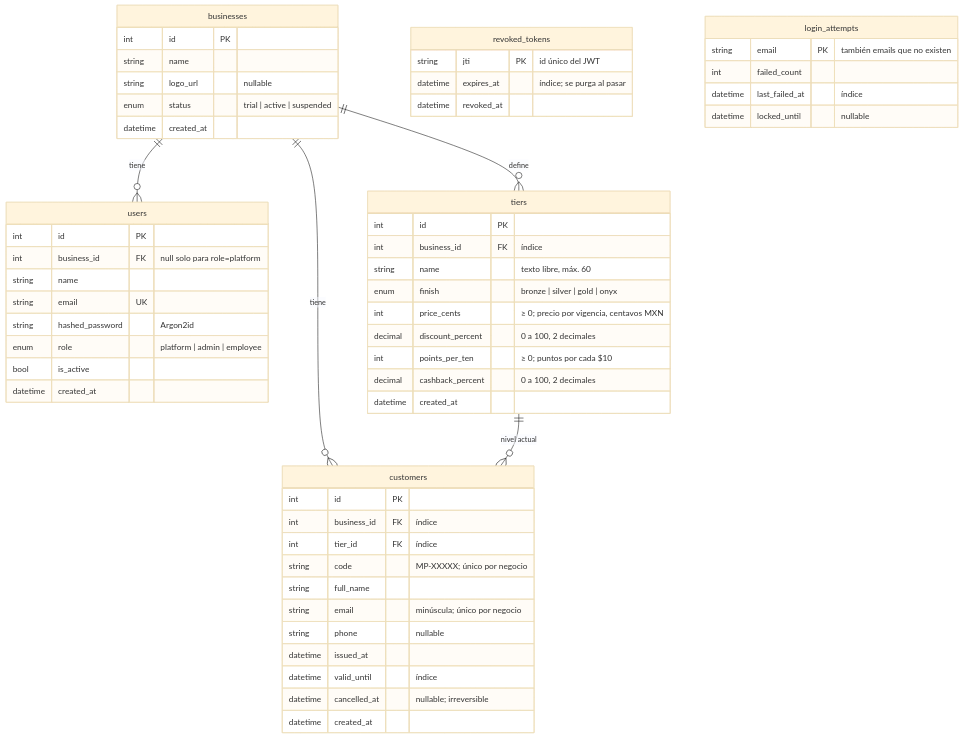
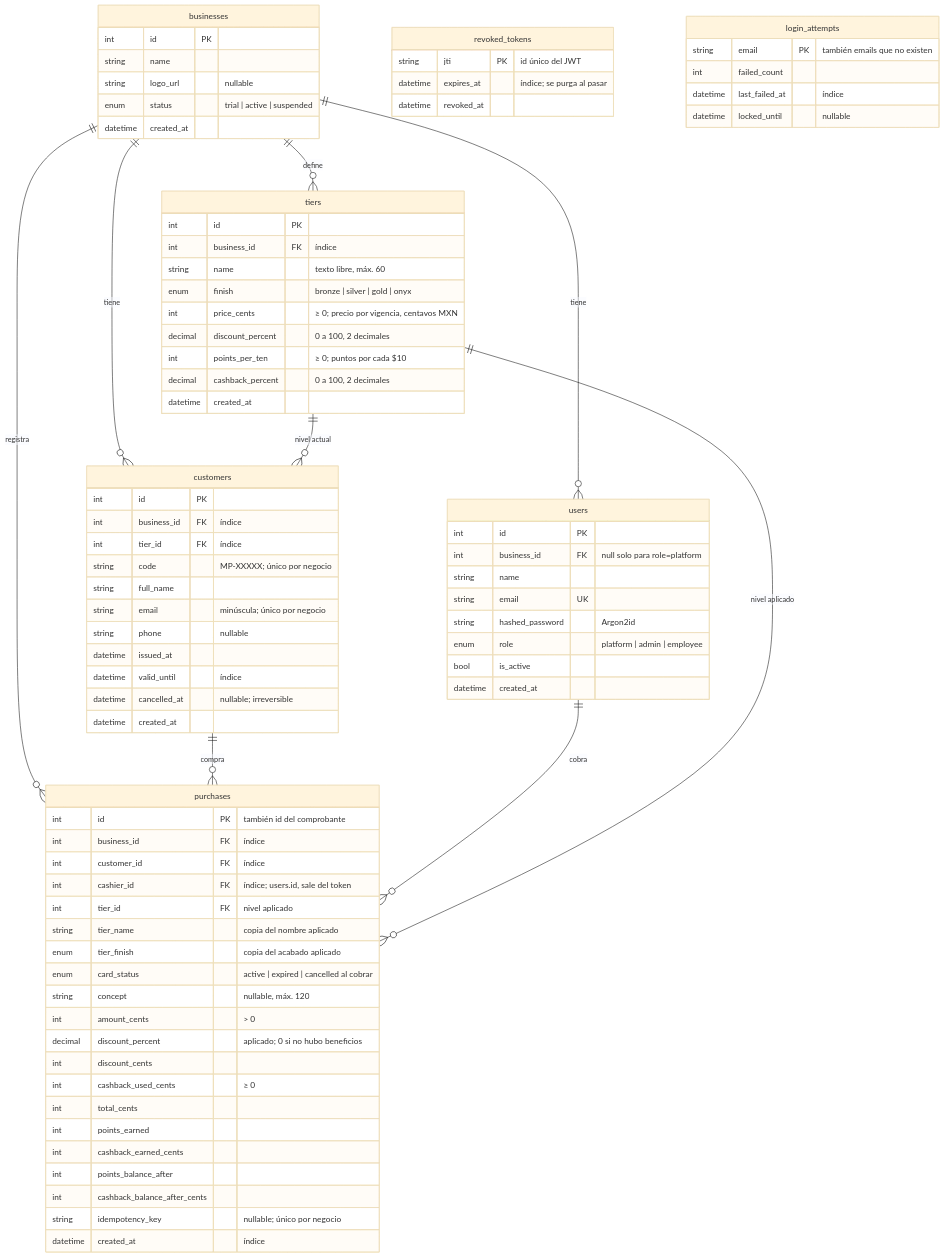
Before and after one commit to AGA-Studio/Member-Web: the third of 13 diagrams in docs/ARCHITECTURE.md, drawn with Mermaid (base theme). The commit also changed other lines of this file and 1 other file, not shown here.

```diff
--- a/docs/ARCHITECTURE.md
+++ b/docs/ARCHITECTURE.md
@@ -99,6 +104,10 @@
     businesses ||--o{ tiers : "define"
     businesses ||--o{ customers : "tiene"
     tiers ||--o{ customers : "nivel actual"
+    businesses ||--o{ purchases : "registra"
+    customers ||--o{ purchases : "compra"
+    users ||--o{ purchases : "cobra"
+    tiers ||--o{ purchases : "nivel aplicado"
 
     businesses {
         int id PK
@@ -133,6 +142,29 @@
         datetime created_at
     }
 
+    purchases {
+        int id PK "también id del comprobante"
+        int business_id FK "índice"
+        int customer_id FK "índice"
+        int cashier_id FK "índice; users.id, sale del token"
+        int tier_id FK "nivel aplicado"
+        string tier_name "copia del nombre aplicado"
+        enum tier_finish "copia del acabado aplicado"
+        enum card_status "active | expired | cancelled al cobrar"
+        string concept "nullable, máx. 120"
+        int amount_cents "> 0"
+        decimal discount_percent "aplicado; 0 si no hubo beneficios"
+        int discount_cents
+        int cashback_used_cents "≥ 0"
+        int total_cents
+        int points_earned
+        int cashback_earned_cents
+        int points_balance_after
+        int cashback_balance_after_cents
+        string idempotency_key "nullable; único por negocio"
+        datetime created_at "índice"
+    }
+
     tiers {
         int id PK
         int business_id FK "índice"
```
